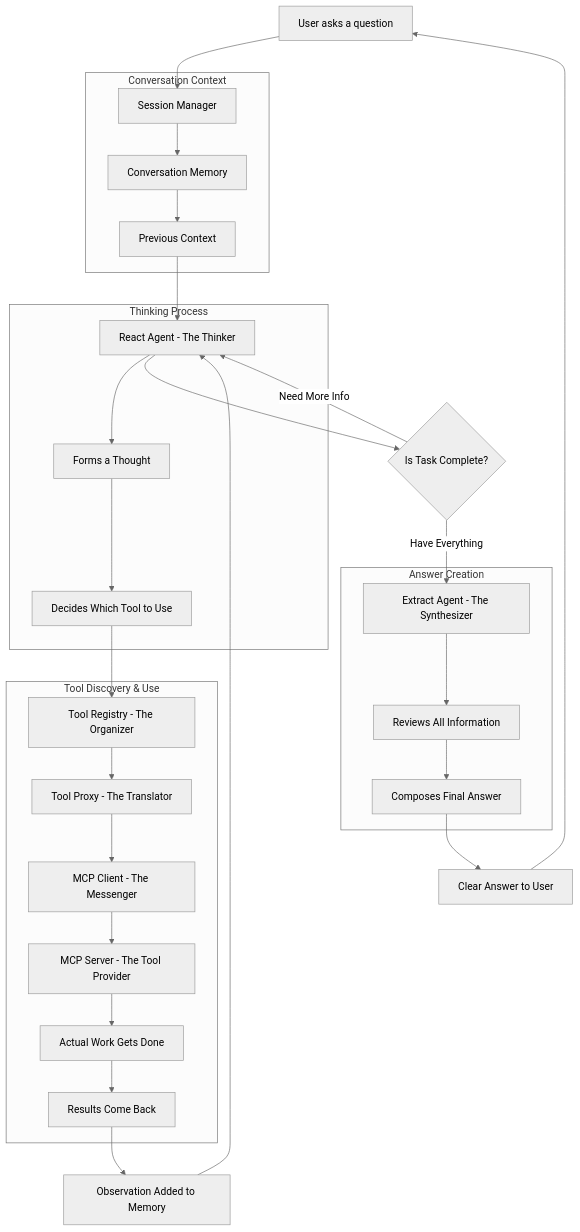
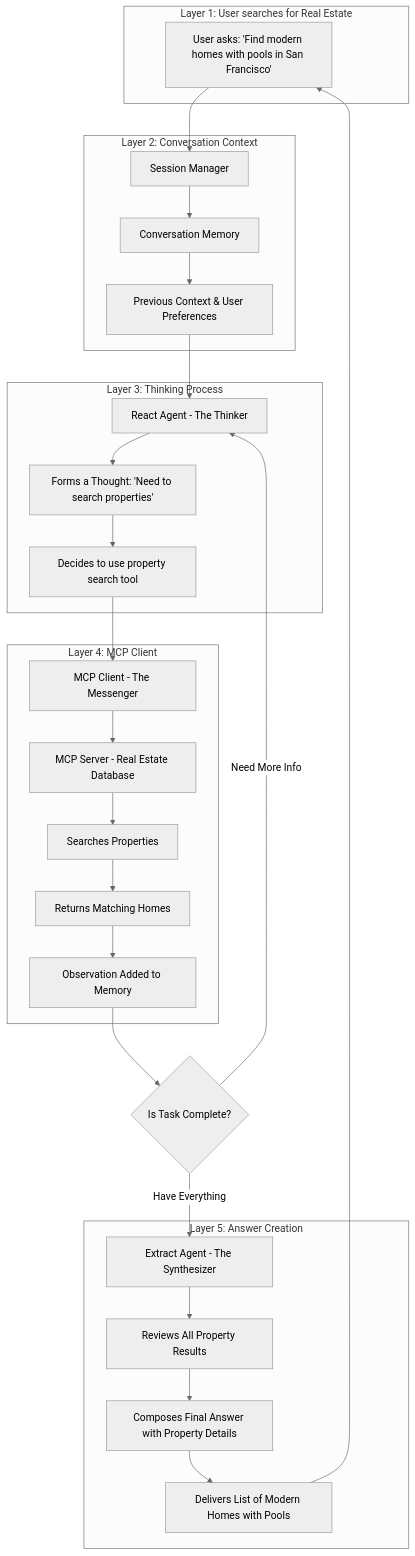
Before and after one commit to retroryan/dspy-system-prompt: the diagram in ARCHITECTURE.md, drawn with Mermaid (neutral theme).

Commit message:
major changes

````diff
--- a/ARCHITECTURE.md
+++ b/ARCHITECTURE.md
@@ -19,41 +19,41 @@
 ```mermaid
 graph TD
-    User[User asks a question] 
-    
-    User --> Session[Session Manager]
-    
-    subgraph "Conversation Context"
-        Session --> Memory[Conversation Memory]
-        Memory --> Context[Previous Context]
+    subgraph "Layer 1: User searches for Real Estate"
+        User[User asks: 'Find modern homes with pools in San Francisco']
     end
     
-    subgraph "Thinking Process"
-        Context --> Brain[React Agent - The Thinker]
-        Brain --> Thought[Forms a Thought]
-        Thought --> Decision[Decides Which Tool to Use]
+    User --> Session
+    
+    subgraph "Layer 2: Conversation Context"
+        Session[Session Manager] --> Memory[Conversation Memory]
+        Memory --> Context[Previous Context & User Preferences]
     end
     
-    subgraph "Tool Discovery & Use"
-        Decision --> Registry[Tool Registry - The Organizer]
-        Registry --> Proxy[Tool Proxy - The Translator]
-        Proxy --> Client[MCP Client - The Messenger]
-        Client --> Server[MCP Server - The Tool Provider]
-        Server --> Work[Actual Work Gets Done]
-        Work --> Results[Results Come Back]
+    Context --> Brain
+    
+    subgraph "Layer 3: Thinking Process"
+        Brain[React Agent - The Thinker] --> Thought[Forms a Thought: 'Need to search properties']
+        Thought --> Decision[Decides to use property search tool]
     end
     
-    Results --> Observation[Observation Added to Memory]
-    Observation --> Brain
+    Decision --> Client
     
-    Brain --> CheckDone{Is Task Complete?}
-    CheckDone -->|Need More Info| Brain
-    CheckDone -->|Have Everything| Synthesizer[Extract Agent - The Synthesizer]
-    
-    subgraph "Answer Creation"
-        Synthesizer --> Review[Reviews All Information]
-        Review --> Compose[Composes Final Answer]
+    subgraph "Layer 4: MCP Client"
+        Client[MCP Client - The Messenger] --> Server[MCP Server - Real Estate Database]
+        Server --> Work[Searches Properties]
+        Work --> Results[Returns Matching Homes]
+        Results --> Observation[Observation Added to Memory]
     end
     
-    Compose --> Answer[Clear Answer to User]
+    Observation --> CheckDone{Is Task Complete?}
+    CheckDone -->|Need More Info| Brain
+    CheckDone -->|Have Everything| Synthesizer
+    
+    subgraph "Layer 5: Answer Creation"
+        Synthesizer[Extract Agent - The Synthesizer] --> Review[Reviews All Property Results]
+        Review --> Compose[Composes Final Answer with Property Details]
+        Compose --> Answer[Delivers List of Modern Homes with Pools]
+    end
+    
     Answer --> User
 ```
````
